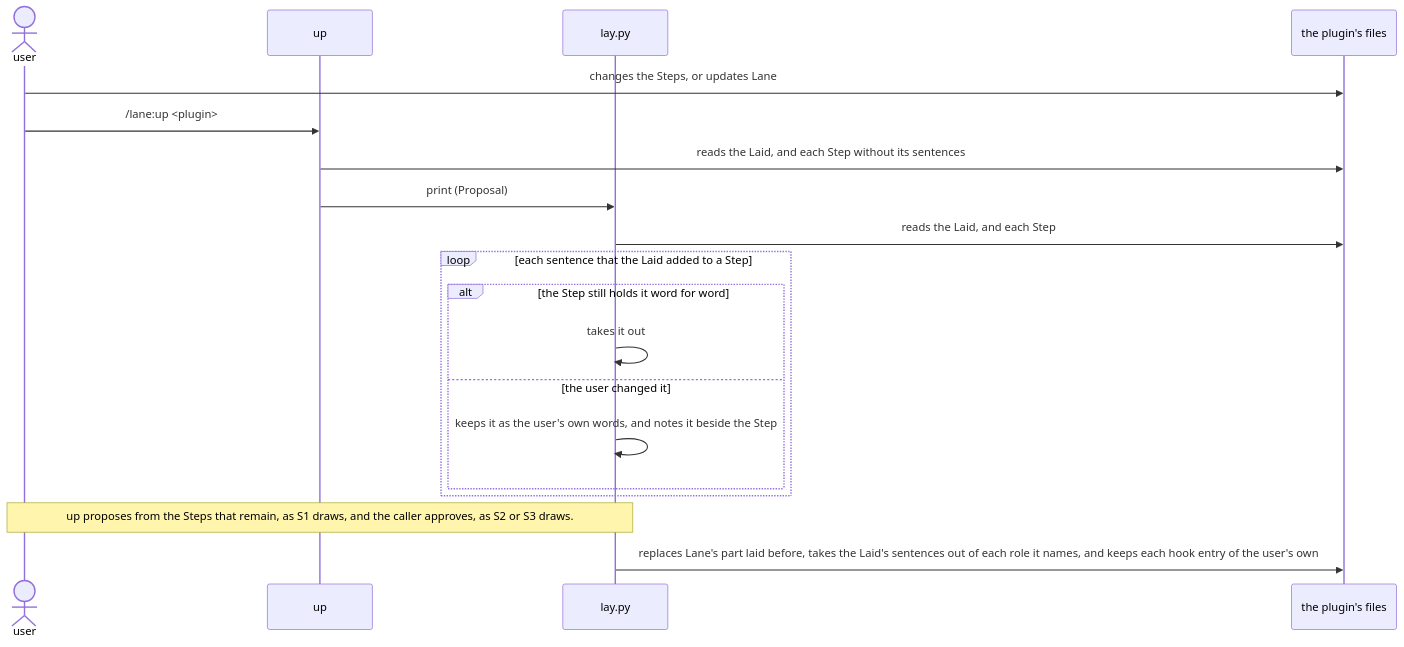
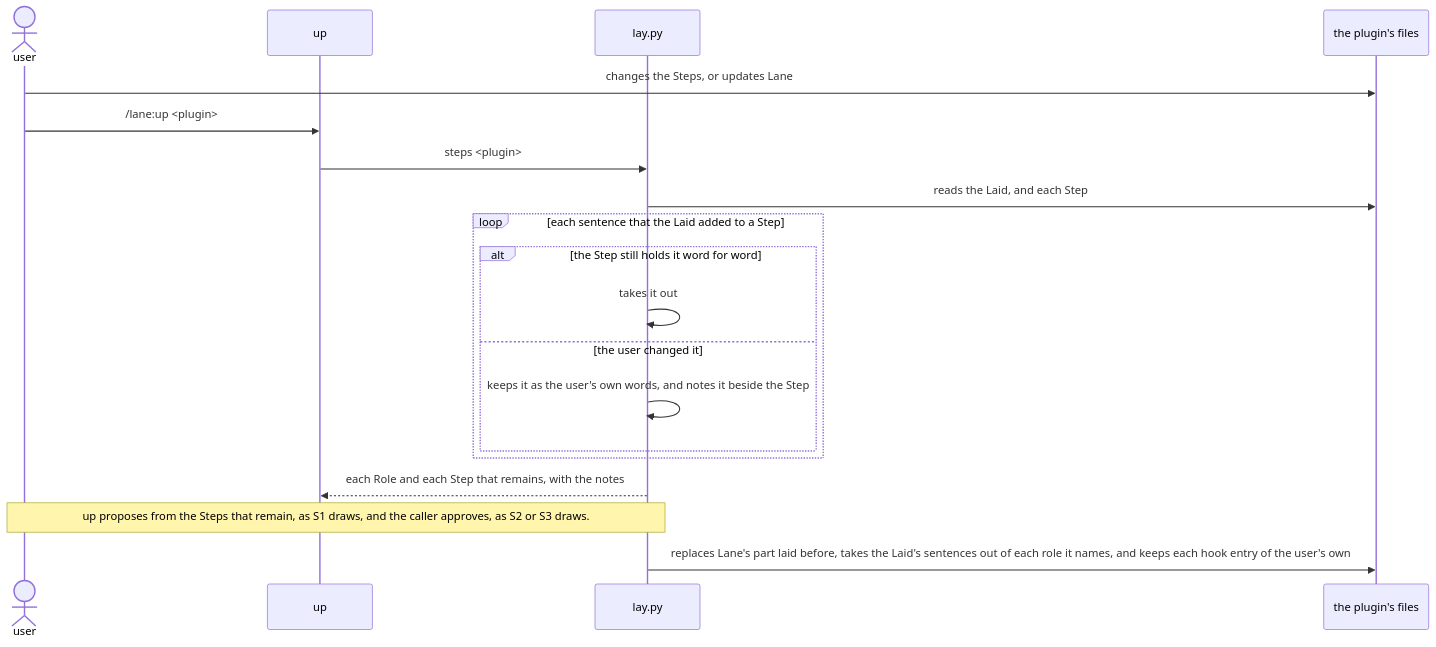
One commit to lovaizu/ccpm changed the fourth of 7 diagrams in dev/lane/architecture.md. Above: the diagram before and after it, drawn with Mermaid. The commit also changed other lines of this file and 19 other files, not shown here.

````diff
--- a/dev/lane/architecture.md
+++ b/dev/lane/architecture.md
@@ -512,21 +557,21 @@
 ```mermaid
 sequenceDiagram
   actor U as user
   participant UP as up
   participant L as lay.py
   participant F as the plugin's files
   U->>F: changes the Steps, or updates Lane
   U->>UP: /lane:up <plugin>
-  UP->>F: reads the Laid, and each Step without its sentences
-  UP->>L: print (Proposal)
+  UP->>L: steps <plugin>
   L->>F: reads the Laid, and each Step
   loop each sentence that the Laid added to a Step
     alt the Step still holds it word for word
       L->>L: takes it out
     else the user changed it
       L->>L: keeps it as the user's own words, and notes it beside the Step
     end
   end
+  L-->>UP: each Role and each Step that remains, with the notes
   Note over U,L: up proposes from the Steps that remain, as S1 draws, and the caller approves, as S2 or S3 draws.
   L->>F: replaces Lane's part laid before, takes the Laid's sentences out of each role it names, and keeps each hook entry of the user's own
 ```
````
